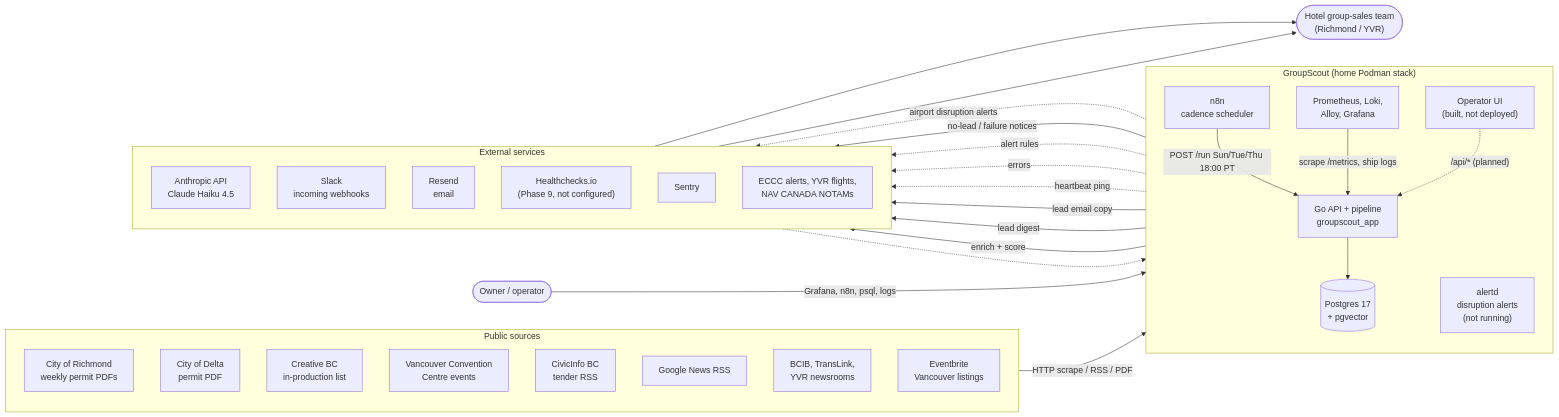
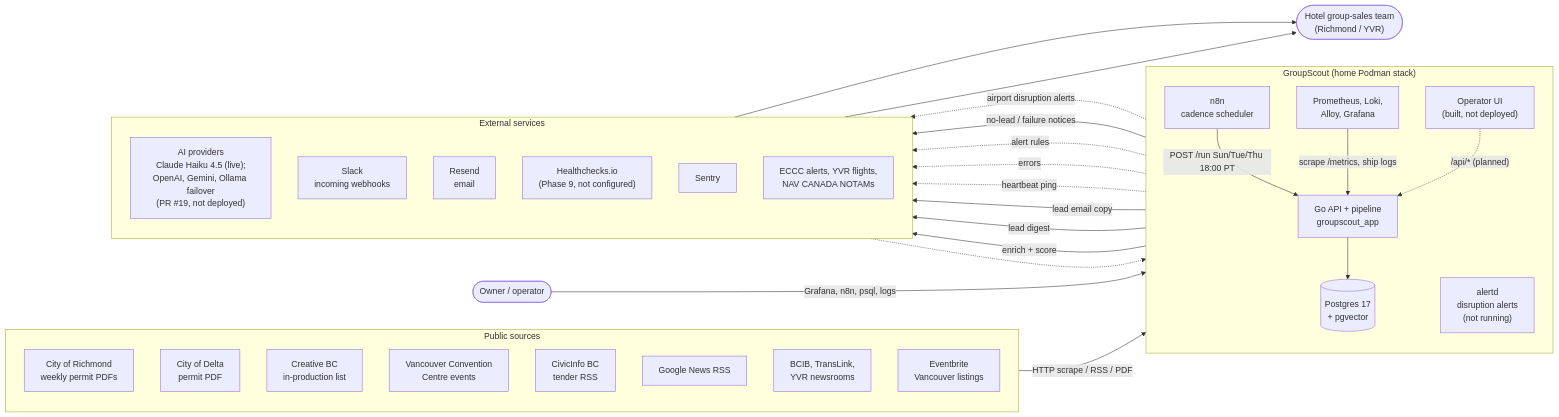
The diagram in docs/architecture/01-system-context.md (alvindcastro/groupscout-site), drawn with Mermaid before and after one commit. The commit also changed 16 other files, not shown here.

````diff
--- a/docs/architecture/01-system-context.md
+++ b/docs/architecture/01-system-context.md
@@ -7,56 +7,56 @@
 ```mermaid
 flowchart LR
     sales(["Hotel group-sales team<br/>(Richmond / YVR)"])
     owner(["Owner / operator"])
 
     subgraph sources["Public sources"]
         direction TB
         richmond["City of Richmond<br/>weekly permit PDFs"]
         delta["City of Delta<br/>permit PDF"]
         creativebc["Creative BC<br/>in-production list"]
         vcc["Vancouver Convention<br/>Centre events"]
         civicinfo["CivicInfo BC<br/>tender RSS"]
         gnews["Google News RSS"]
         announce["BCIB, TransLink,<br/>YVR newsrooms"]
         eventbrite["Eventbrite<br/>Vancouver listings"]
     end
 
     subgraph gs["GroupScout (home Podman stack)"]
         direction TB
         n8n["n8n<br/>cadence scheduler"]
         api["Go API + pipeline<br/>groupscout_app"]
         pg[("Postgres 17<br/>+ pgvector")]
         obs["Prometheus, Loki,<br/>Alloy, Grafana"]
         alertd["alertd<br/>disruption alerts<br/>(not running)"]
         ui["Operator UI<br/>(built, not deployed)"]
     end
 
     subgraph ext["External services"]
         direction TB
-        claude["Anthropic API<br/>Claude Haiku 4.5"]
+        claude["AI providers<br/>Claude Haiku 4.5 (live);<br/>OpenAI, Gemini, Ollama failover<br/>(PR #19, not deployed)"]
         slack["Slack<br/>incoming webhooks"]
         resend["Resend<br/>email"]
         hc["Healthchecks.io<br/>(Phase 9, not configured)"]
         sentry["Sentry"]
         weather["ECCC alerts, YVR flights,<br/>NAV CANADA NOTAMs"]
     end
 
     sources -->|"HTTP scrape / RSS / PDF"| api
     n8n -->|"POST /run Sun/Tue/Thu 18:00 PT"| api
     api --> pg
     api -->|"enrich + score"| claude
     api -->|"lead digest"| slack
     api -->|"lead email copy"| resend
     api -.->|"heartbeat ping"| hc
     api -.->|"errors"| sentry
     obs -->|"scrape /metrics, ship logs"| api
     obs -.->|"alert rules"| slack
     n8n -->|"no-lead / failure notices"| slack
     weather -.-> alertd
     alertd -.->|"airport disruption alerts"| slack
     ui -.->|"/api/* (planned)"| api
 
     slack --> sales
     resend --> sales
     owner -->|"Grafana, n8n, psql, logs"| gs
 ```
````
